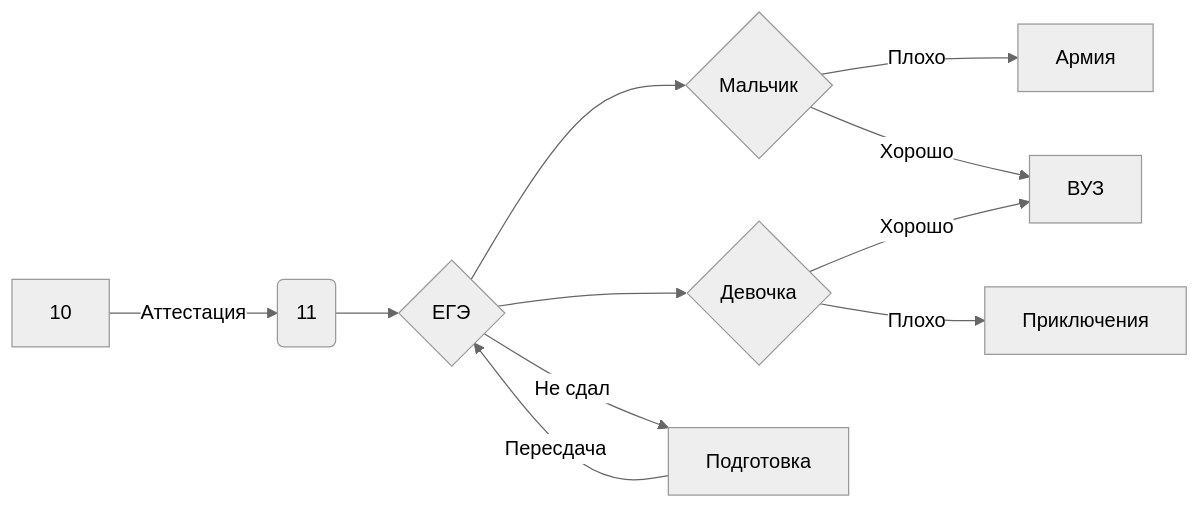
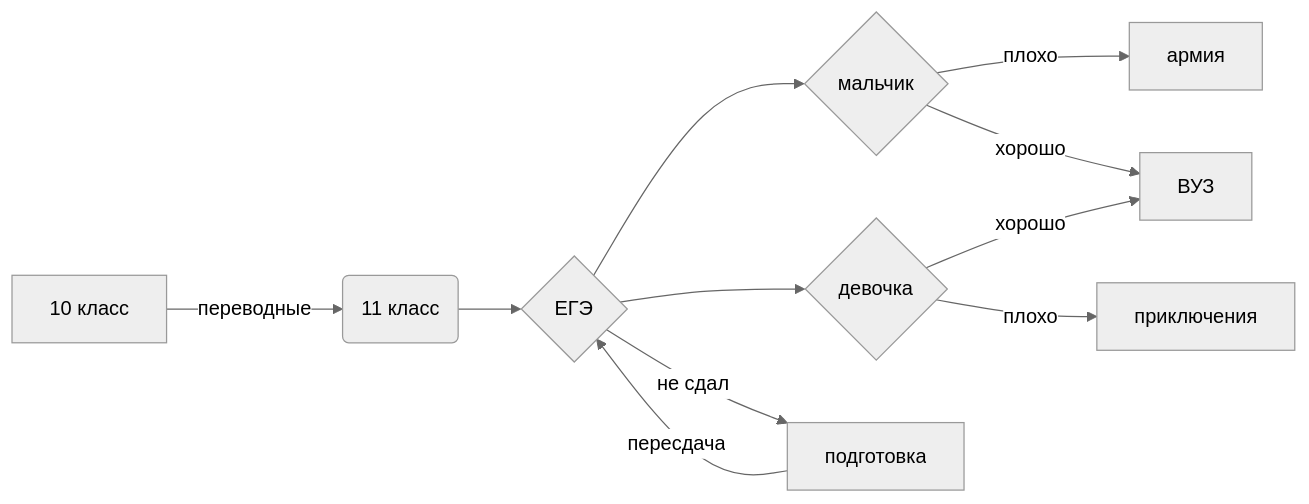
The diagram in README.md (jjk05/jk), drawn with Mermaid (neutral theme) before and after one commit. The commit also changed other lines of this file, not shown here.

````diff
--- a/README.md
+++ b/README.md
@@ -50,14 +36,14 @@
 ```mermaid
 flowchart LR
 
-A[10] -->|Аттестация| B(11)
+A[10 класс] -->|переводные| B(11 класс)
 B --> C{ЕГЭ}
-C -->D{Мальчик}
-C -->E{Девочка}
-C -->|Не сдал| K[Подготовка]
-K -->|Пересдача|C
-D -->|Плохо|F[Армия]
-D -->|Хорошо|G[ВУЗ]
-E -->|Хорошо|G[ВУЗ]
-E -->|Плохо|I[Приключения]
+C -->D{мальчик}
+C -->E{девочка}
+C -->|не сдал| K[подготовка]
+K -->|пересдача|C
+D -->|плохо|F[армия]
+D -->|хорошо|G[ВУЗ]
+E -->|хорошо|G[ВУЗ]
+E -->|плохо|I[приключения]
 ```
````
